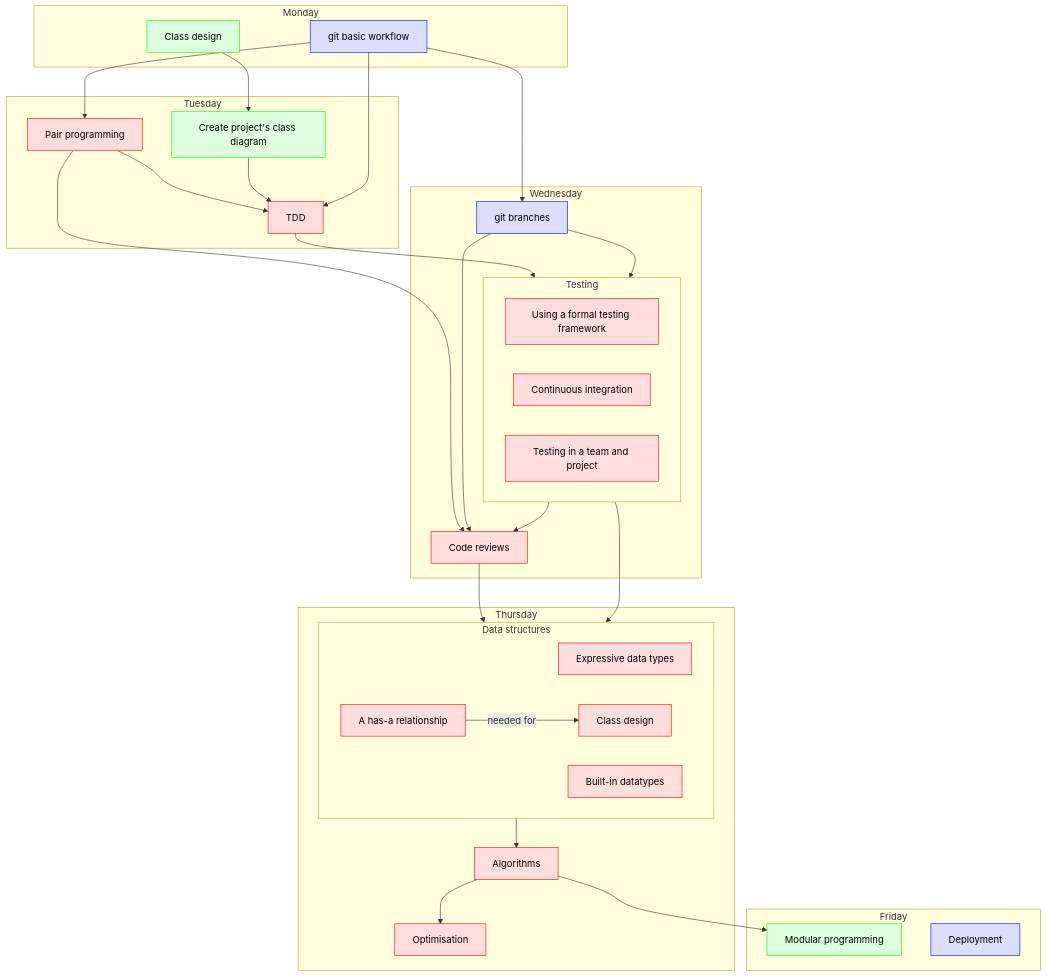
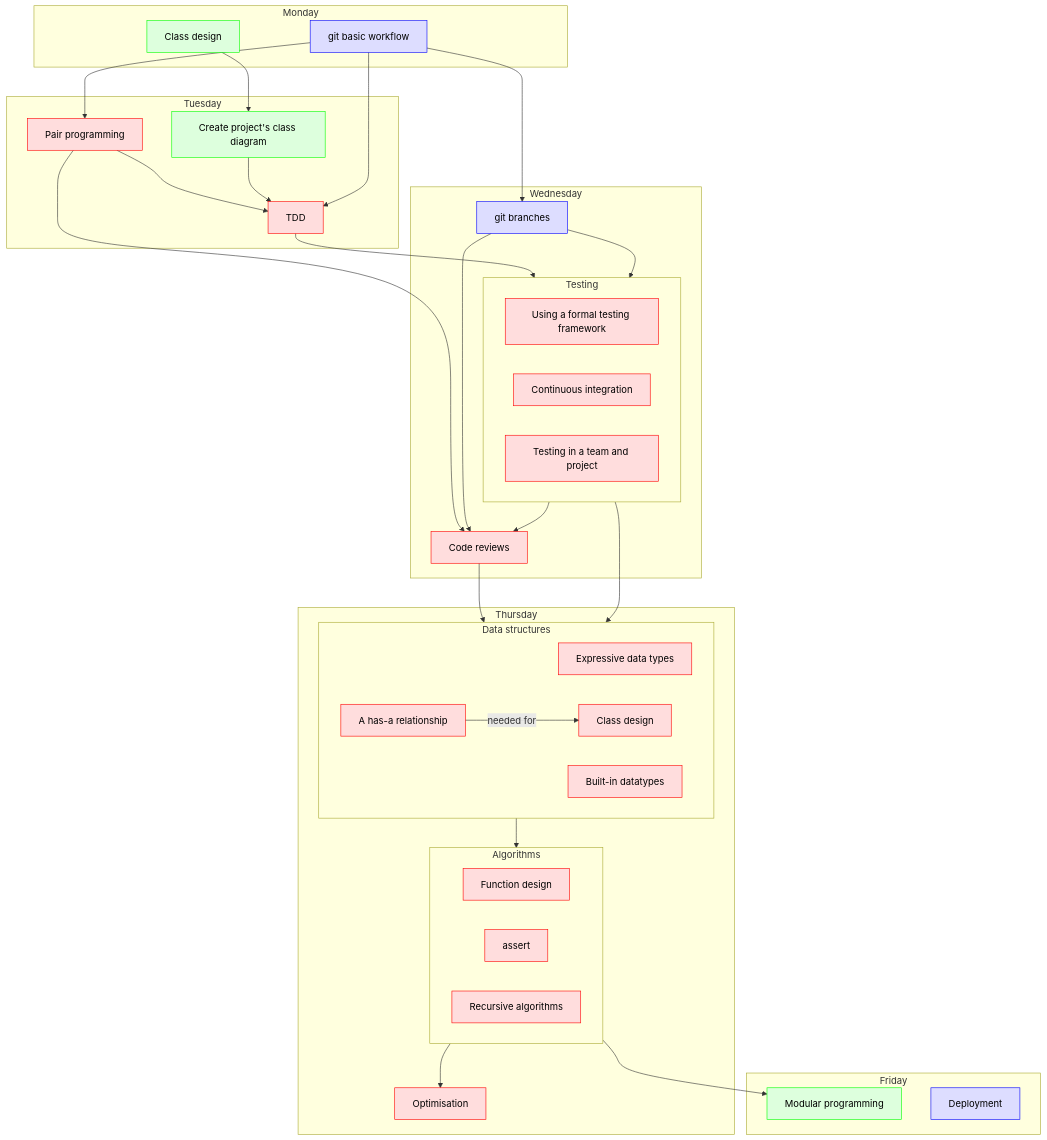
One commit to UPPMAX/programming_formalisms changed the second of 2 diagrams in docs/intro.md. Above: the diagram before and after it, drawn with Mermaid. The commit also changed 5 other files, not shown here.

````diff
--- a/docs/intro.md
+++ b/docs/intro.md
@@ -113,59 +113,63 @@
 ```mermaid
 flowchart TD
 
   classDef bjorn_node fill:#ddf,color:#000,stroke:#00f
   classDef lars_node fill:#dfd,color:#000,stroke:#0f0
   classDef richel_node fill:#fdd,color:#000,stroke:#f00
 
   subgraph day_1[Monday]
     git_basic[git basic workflow]:::bjorn_node
     class_design[Class design]:::lars_node
   end
   subgraph day_2[Tuesday]
     class_diagram[Create project's class diagram]:::lars_node
     pair_programming[Pair programming]:::richel_node
     tdd[TDD]:::richel_node
   end
   subgraph day_3[Wednesday]
     subgraph testing[Testing]
       testing_framework[Using a formal testing framework]:::richel_node
       continuous_integration[Continuous integration]:::richel_node
       testing_in_a_team[Testing in a team and project]:::richel_node
     end
     code_reviews[Code reviews]:::richel_node
     git_branches[git branches]:::bjorn_node
   end
   subgraph day_4[Thursday]
     subgraph data_structures[Data structures]
       expressive_data_types[Expressive data types]:::richel_node
       has_a_relationship[A has-a relationship]:::richel_node
       class_design_in_code[Class design]:::richel_node
       built_in_datatypes[Built-in datatypes]:::richel_node
       has_a_relationship --> |needed for| class_design_in_code
     end
-    algorithms[Algorithms]:::richel_node
+    subgraph algorithms[Algorithms]
+      function_design[Function design]:::richel_node
+      assert[assert]:::richel_node
+      recursive_algorithms[Recursive algorithms]:::richel_node
+    end
     optimisation[Optimisation]:::richel_node
   end
   subgraph day_5[Friday]
     modular_programming[Modular programming]:::lars_node
     deployment[Deployment]:::bjorn_node
   end
 
 
   git_basic --> pair_programming
   pair_programming --> tdd
   git_basic --> git_branches
   pair_programming --> code_reviews
   git_branches --> code_reviews
   class_design --> class_diagram
   class_diagram --> tdd
   git_basic --> tdd
   tdd --> testing
   git_branches --> testing
   code_reviews --> data_structures
   testing --> data_structures
   testing --> code_reviews
   data_structures --> algorithms
   algorithms --> modular_programming
   algorithms --> optimisation
 ```
````
